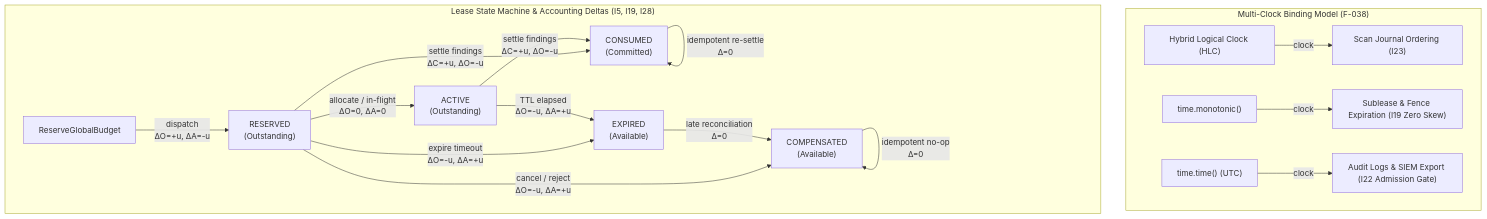
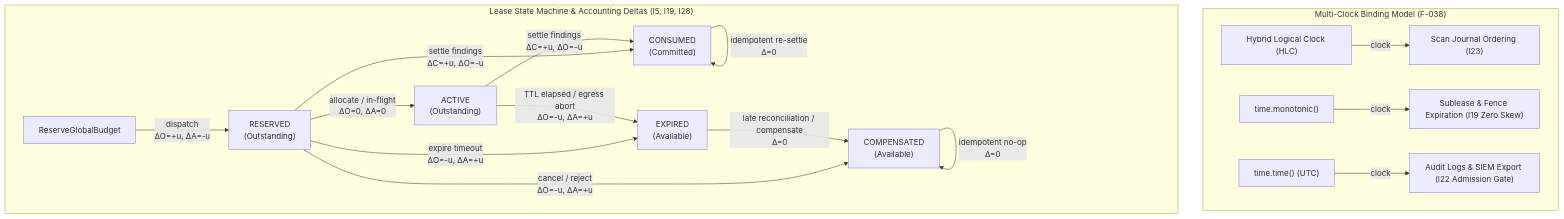
The seventh of 16 diagrams in docs/flowchart.md (AviralGup7/Singularity-Zero), drawn with Mermaid before and after one commit. The commit also changed other lines of this file, not shown here.

````diff
--- a/docs/flowchart.md
+++ b/docs/flowchart.md
@@ -441,23 +468,23 @@
 ```mermaid
 flowchart TD
     subgraph ClockModel["Multi-Clock Binding Model (F-038)"]
         HLC["Hybrid Logical Clock (HLC)"]:::impl -->|"clock"| EventOrder["Scan Journal Ordering (I23)"]:::impl
         Mono["time.monotonic()"]:::impl -->|"clock"| LeaseTTL["Sublease & Fence Expiration (I19 Zero Skew)"]:::impl
         Wall["time.time() (UTC)"]:::impl -->|"clock"| AuditTime["Audit Logs & SIEM Export (I22 Admission Gate)"]:::impl
     end
 
     subgraph LeaseFSM["Lease State Machine & Accounting Deltas (I5, I19, I28)"]
         Reserve["ReserveGlobalBudget"]:::impl -->|"dispatch<br/>ΔO=+u, ΔA=-u"| RESERVED["RESERVED<br/>(Outstanding)"]:::impl
         RESERVED -->|"allocate / in-flight<br/>ΔO=0, ΔA=0"| ACTIVE["ACTIVE<br/>(Outstanding)"]:::impl
         RESERVED -->|"settle findings<br/>ΔC=+u, ΔO=-u"| CONSUMED["CONSUMED<br/>(Committed)"]:::impl
         ACTIVE -->|"settle findings<br/>ΔC=+u, ΔO=-u"| CONSUMED
         
         RESERVED -->|"cancel / reject<br/>ΔO=-u, ΔA=+u"| COMPENSATED["COMPENSATED<br/>(Available)"]:::impl
         RESERVED -->|"expire timeout<br/>ΔO=-u, ΔA=+u"| EXPIRED["EXPIRED<br/>(Available)"]:::impl
-        ACTIVE -->|"TTL elapsed<br/>ΔO=-u, ΔA=+u"| EXPIRED
+        ACTIVE -->|"TTL elapsed / egress abort<br/>ΔO=-u, ΔA=+u"| EXPIRED
         
-        EXPIRED -->|"late reconciliation<br/>Δ=0"| COMPENSATED
+        EXPIRED -->|"late reconciliation / compensate<br/>Δ=0"| COMPENSATED
         CONSUMED -->|"idempotent re-settle<br/>Δ=0"| CONSUMED
         COMPENSATED -->|"idempotent no-op<br/>Δ=0"| COMPENSATED
     end
 ```
````
